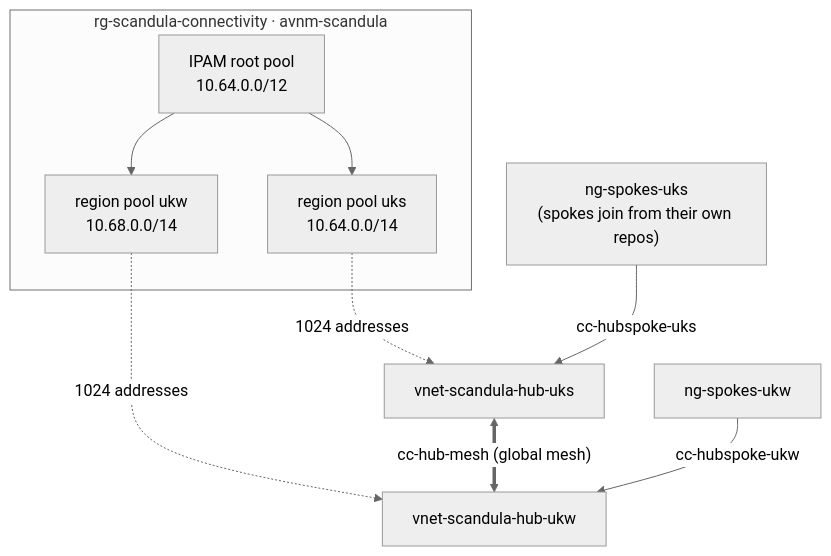
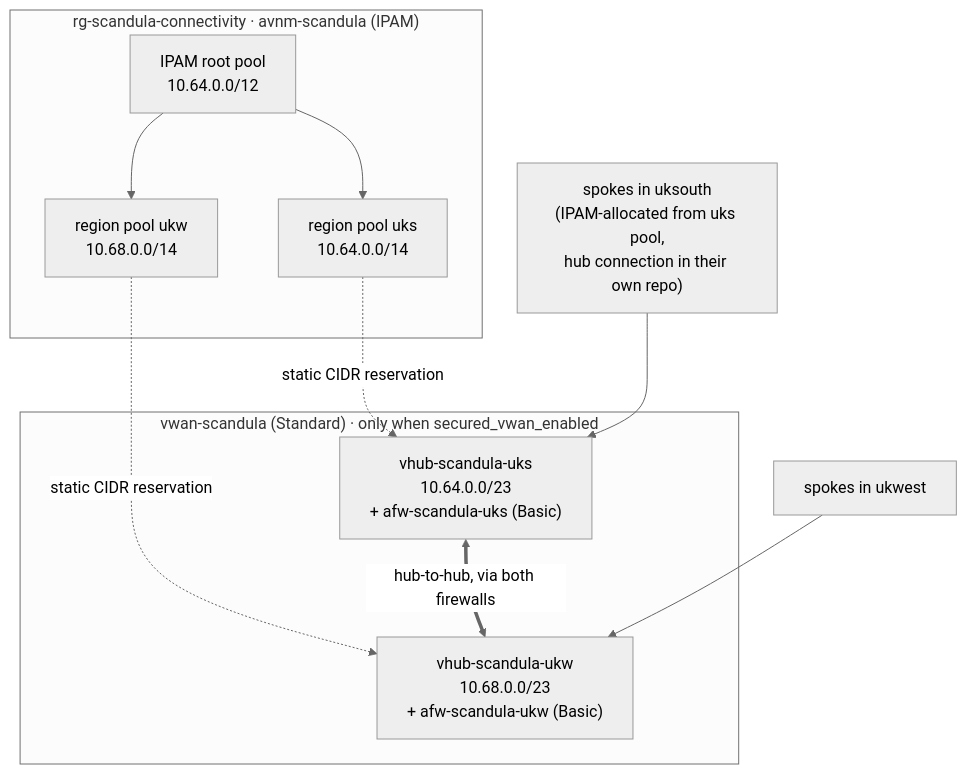
The diagram in docs/design.md (benoitnvl/scandula), drawn with Mermaid (neutral theme) before and after one commit. The commit also changed other lines of this file and 13 other files, not shown here.

````diff
--- a/docs/design.md
+++ b/docs/design.md
@@ -5,18 +5,22 @@
 ```mermaid
 flowchart TB
-  subgraph cp["rg-scandula-connectivity · avnm-scandula"]
+  subgraph cp["rg-scandula-connectivity · avnm-scandula (IPAM)"]
     root["IPAM root pool<br/>10.64.0.0/12"]
     uksPool["region pool uks<br/>10.64.0.0/14"]
     ukwPool["region pool ukw<br/>10.68.0.0/14"]
     root --> uksPool
     root --> ukwPool
   end
 
-  uksPool -. "1024 addresses" .-> hubUks["vnet-scandula-hub-uks"]
-  ukwPool -. "1024 addresses" .-> hubUkw["vnet-scandula-hub-ukw"]
+  subgraph vwan["vwan-scandula (Standard) · only when secured_vwan_enabled"]
+    hubUks["vhub-scandula-uks<br/>10.64.0.0/23<br/>+ afw-scandula-uks (Basic)"]
+    hubUkw["vhub-scandula-ukw<br/>10.68.0.0/23<br/>+ afw-scandula-ukw (Basic)"]
+    hubUks <== "hub-to-hub, via both firewalls" ==> hubUkw
+  end
 
-  hubUks <== "cc-hub-mesh (global mesh)" ==> hubUkw
+  uksPool -. "static CIDR reservation" .-> hubUks
+  ukwPool -. "static CIDR reservation" .-> hubUkw
 
-  spokesUks["ng-spokes-uks<br/>(spokes join from their own repos)"] -- "cc-hubspoke-uks" --> hubUks
-  spokesUkw["ng-spokes-ukw"] -- "cc-hubspoke-ukw" --> hubUkw
+  spokesUks["spokes in uksouth<br/>(IPAM-allocated from uks pool,<br/>hub connection in their own repo)"] --> hubUks
+  spokesUkw["spokes in ukwest"] --> hubUkw
 ```
````
